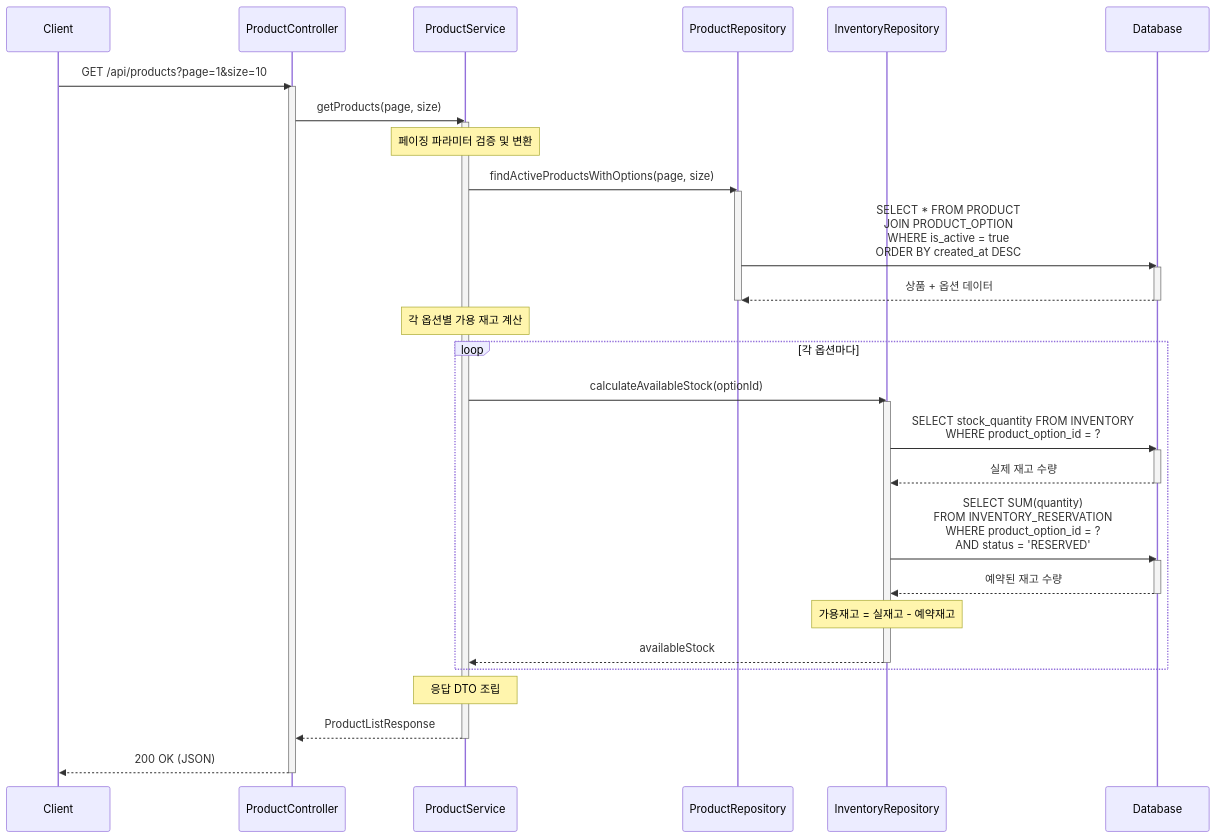
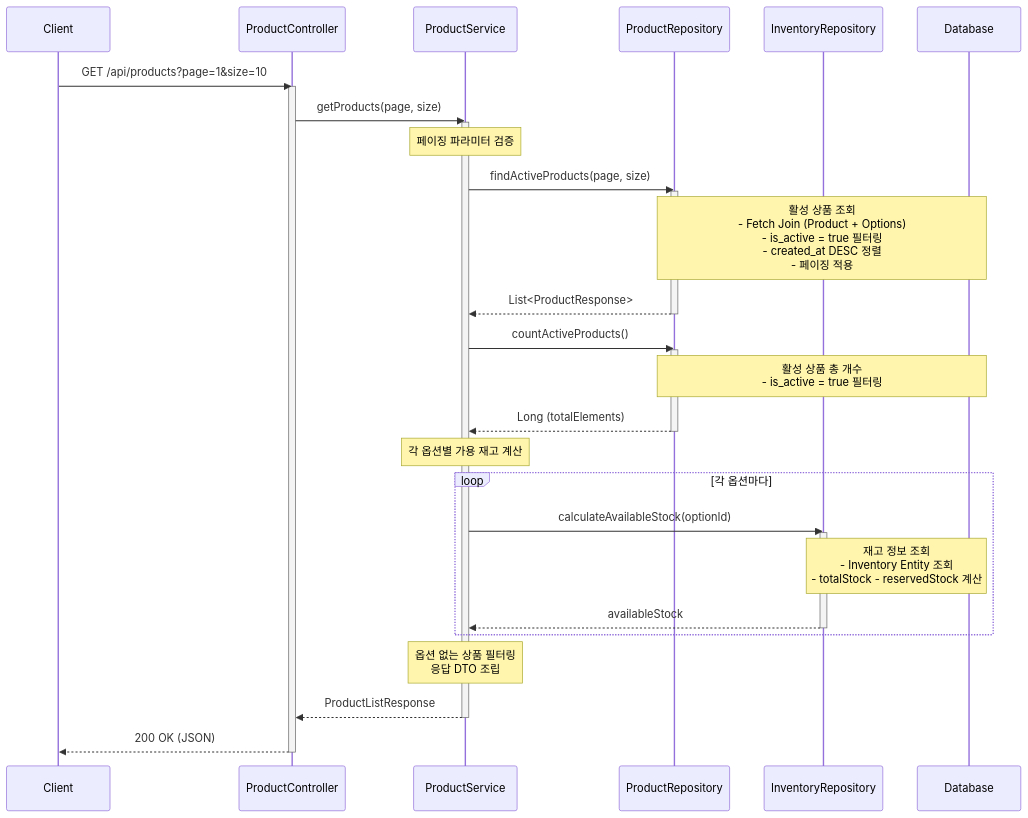
One commit to edit8080/commerce-api changed the diagram in docs/api/product/get-products.md. Above: the diagram before and after it, drawn with Mermaid. The commit also changed other lines of this file and 2 other files, not shown here.

Commit message:
test: 상품 목록 조회와 관련된 Service red 테스트 코드 작성

````diff
--- a/docs/api/product/get-products.md
+++ b/docs/api/product/get-products.md
@@ -183,55 +192,52 @@
 ```mermaid
 sequenceDiagram
     participant Client as Client
     participant Controller as ProductController
     participant Service as ProductService
     participant ProdRepo as ProductRepository
     participant InvRepo as InventoryRepository
     participant DB as Database
 
     Client->>Controller: GET /api/products?page=1&size=10
     activate Controller
 
     Controller->>Service: getProducts(page, size)
     activate Service
 
-    Note over Service: 페이징 파라미터 검증 및 변환
+    Note over Service: 페이징 파라미터 검증
 
-    Service->>ProdRepo: findActiveProductsWithOptions(page, size)
+    Service->>ProdRepo: findActiveProducts(page, size)
     activate ProdRepo
 
-    ProdRepo->>DB: SELECT * FROM PRODUCT<br/>JOIN PRODUCT_OPTION<br/>WHERE is_active = true<br/>ORDER BY created_at DESC
-    activate DB
-    DB-->>ProdRepo: 상품 + 옵션 데이터
-    deactivate DB
+    Note over ProdRepo,DB: 활성 상품 조회<br/>- Fetch Join (Product + Options)<br/>- is_active = true 필터링<br/>- created_at DESC 정렬<br/>- 페이징 적용
 
+    ProdRepo-->>Service: List<ProductResponse>
+    deactivate ProdRepo
+
+    Service->>ProdRepo: countActiveProducts()
+    activate ProdRepo
+
+    Note over ProdRepo,DB: 활성 상품 총 개수<br/>- is_active = true 필터링
+
+    ProdRepo-->>Service: Long (totalElements)
     deactivate ProdRepo
 
     Note over Service: 각 옵션별 가용 재고 계산
 
     loop 각 옵션마다
         Service->>InvRepo: calculateAvailableStock(optionId)
         activate InvRepo
 
-        InvRepo->>DB: SELECT stock_quantity FROM INVENTORY<br/>WHERE product_option_id = ?
-        activate DB
-        DB-->>InvRepo: 실제 재고 수량
-        deactivate DB
+        Note over InvRepo,DB: 재고 정보 조회<br/>- Inventory Entity 조회<br/>- totalStock - reservedStock 계산
 
-        InvRepo->>DB: SELECT SUM(quantity)<br/>FROM INVENTORY_RESERVATION<br/>WHERE product_option_id = ?<br/>AND status = 'RESERVED'
-        activate DB
-        DB-->>InvRepo: 예약된 재고 수량
-        deactivate DB
-
-        Note over InvRepo: 가용재고 = 실재고 - 예약재고
         InvRepo-->>Service: availableStock
         deactivate InvRepo
     end
 
-    Note over Service: 응답 DTO 조립
+    Note over Service: 옵션 없는 상품 필터링<br/>응답 DTO 조립
     Service-->>Controller: ProductListResponse
     deactivate Service
 
     Controller-->>Client: 200 OK (JSON)
     deactivate Controller
 ```
````
